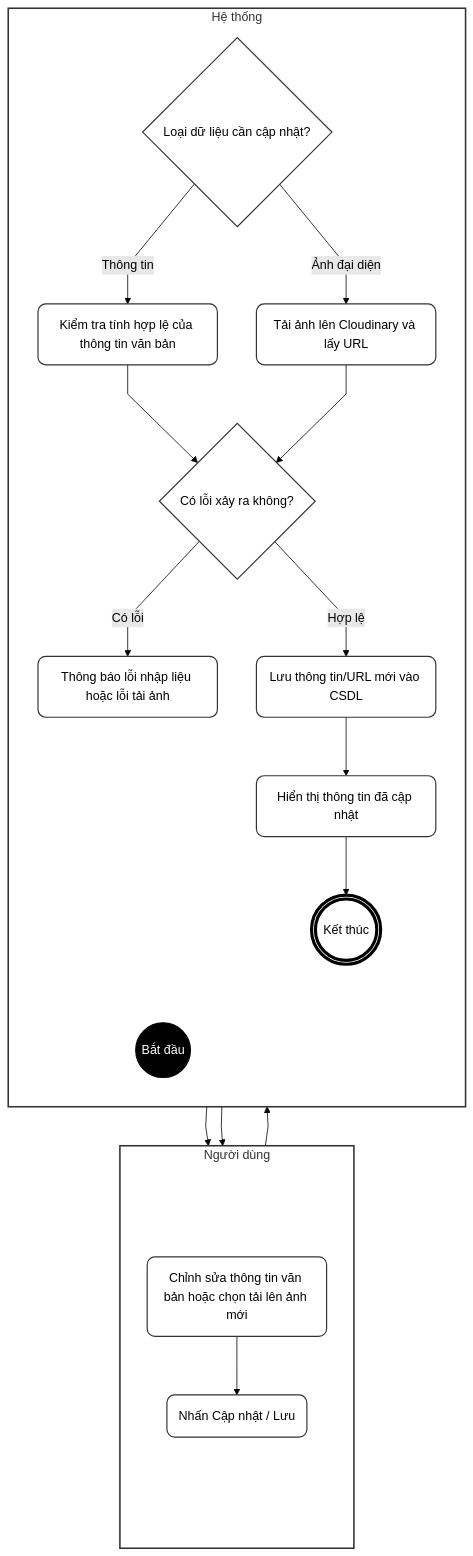
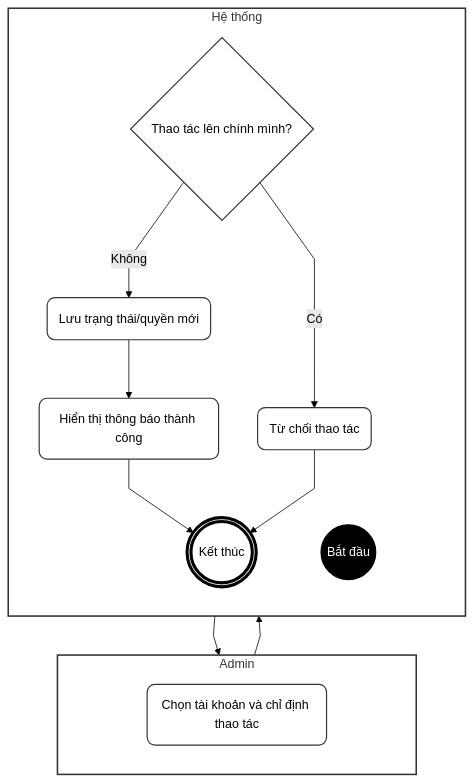
The seventh of 8 diagrams in doc/system_analysis/activity diagram/08a_activity_auth_profile.md (ChuDucAnh21/BE-quan-ly-su-kien), drawn with Mermaid (forest theme) before and after one commit. The commit also changed other lines of this file and 14 other files, not shown here.

````diff
--- a/doc/system_analysis/activity diagram/08a_activity_auth_profile.md
+++ b/doc/system_analysis/activity diagram/08a_activity_auth_profile.md
@@ -432,56 +292,40 @@
 ```mermaid
 %%{init: {"flowchart": {"curve": "linear"}}}%%
 flowchart TD
     classDef default fill:#fff,stroke:#333,stroke-width:1.5px,color:#000,rx:10px,ry:10px;
     classDef startNode fill:#000,stroke:#000,color:#fff;
     classDef endNode fill:#fff,stroke:#000,stroke-width:4px,color:#000;
     classDef hidden fill:none,stroke:none,color:none;
 
-    subgraph TacNhan [Người dùng]
+    subgraph Admin [Admin]
         direction TB
         T_start(" "):::hidden
-        A(Chỉnh sửa thông tin văn bản hoặc chọn tải lên ảnh mới)
-        B(Nhấn Cập nhật / Lưu)
+        A(Chọn tài khoản và chỉ định thao tác)
         T_end(" "):::hidden
     end
 
-    subgraph HeThong [Hệ thống]
+    subgraph System [Hệ thống]
         direction TB
         H_start(" "):::hidden
         Start((Bắt đầu)):::startNode
-        C{Loại dữ liệu cần cập nhật?}
-        D(Kiểm tra tính hợp lệ của thông tin văn bản)
-        E(Tải ảnh lên Cloudinary và lấy URL)
-        F{Có lỗi xảy ra không?}
-        G(Thông báo lỗi nhập liệu hoặc lỗi tải ảnh)
-        H(Lưu thông tin/URL mới vào CSDL)
-        I(Hiển thị thông tin đã cập nhật)
+        B{Thao tác lên chính mình?}
+        C(Từ chối thao tác)
+        D(Lưu trạng thái/quyền mới)
+        E(Hiển thị thông báo thành công)
         End(((Kết thúc))):::endNode
         H_end(" "):::hidden
     end
 
     T_start ~~~ H_start
     T_end ~~~ H_end
-
-    T_start ~~~ A
-    B ~~~ T_end
-
-    H_start ~~~ Start
-    End ~~~ H_end
-
     Start --> A
     A --> B
-    B --> C
-    C -- Thông tin --> D
-    C -- Ảnh đại diện --> E
-    D --> F
-    E --> F
-    F -- Có lỗi --> G
-    G --> A
-    F -- Hợp lệ --> H
-    H --> I
-    I --> End
+    B -- Có --> C
+    B -- Không --> D
+    D --> E
+    E --> End
+    C --> End
 
-    style TacNhan fill:#fff,stroke:#333,stroke-width:2px
-    style HeThong fill:#fff,stroke:#333,stroke-width:2px
+    style Admin fill:#fff,stroke:#333,stroke-width:2px
+    style System fill:#fff,stroke:#333,stroke-width:2px
 ```
````
